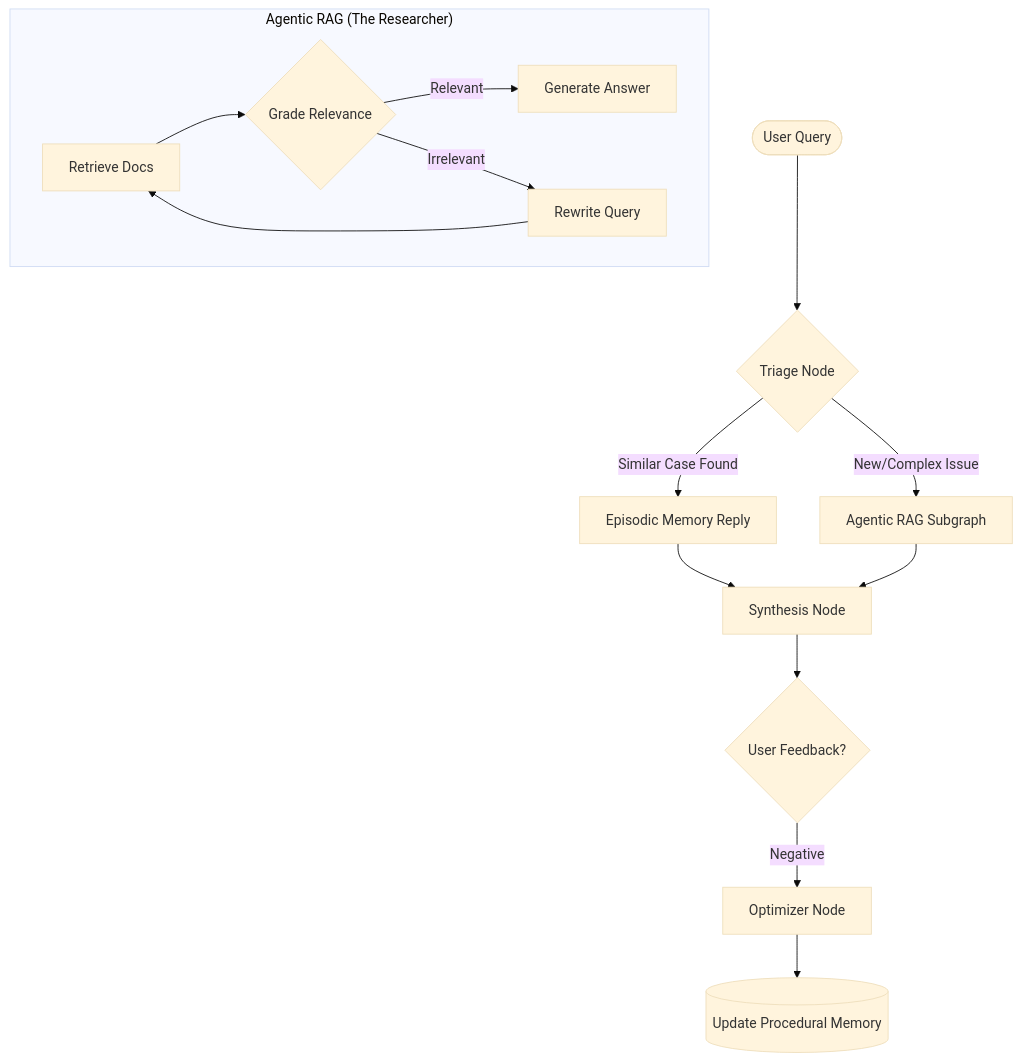
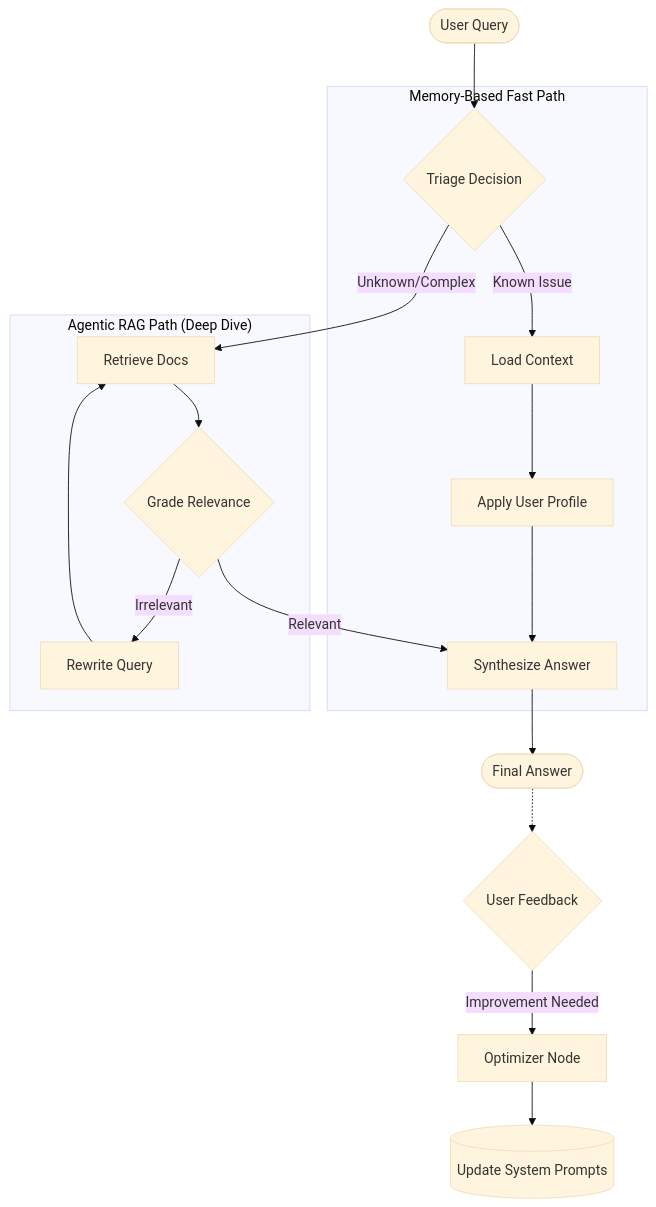
One commit to MedAzizAydi080/Agentic-EmailAssitant changed the first of 2 diagrams in README.md. Above: the diagram before and after it, drawn with Mermaid (base theme). The commit also changed other lines of this file, not shown here.

Commit message:
Refine README graphs and branding

````diff
--- a/README.md
+++ b/README.md
@@ -23,25 +23,25 @@
 ```mermaid
 graph TD
-    Start([User Query]) --> Triage{Triage Node}
+    User([User Query]) --> Triage{Triage Decision}
     
-    %% Memory Path
-    Triage -- "Similar Case Found" --> Episodic[Episodic Memory Reply]
-    Episodic --> Response
+    subgraph "Memory-Based Fast Path"
+        Triage -- "Known Issue" --> Context[Load Context]
+        Context --> Semantic[Apply User Profile]
+        Semantic --> Response
+    end
     
-    %% RAG Path
-    Triage -- "New/Complex Issue" --> RAG[Agentic RAG Subgraph]
-    
-    subgraph "Agentic RAG (The Researcher)"
-        Retrieve[Retrieve Docs] --> Grade{Grade Relevance}
-        Grade -- "Relevant" --> Generate[Generate Answer]
+    subgraph "Agentic RAG Path (Deep Dive)"
+        Triage -- "Unknown/Complex" --> Retrieve[Retrieve Docs]
+        Retrieve --> Grade{Grade Relevance}
+        Grade -- "Relevant" --> Response[Synthesize Answer]
         Grade -- "Irrelevant" --> Rewrite[Rewrite Query]
         Rewrite --> Retrieve
     end
     
-    RAG --> Response[Synthesis Node]
+    Response --> Output([Final Answer])
     
-    %% Learning Path
-    Response --> Feedback{User Feedback?}
-    Feedback -- "Negative" --> Optimize[Optimizer Node]
-    Optimize --> UpdatePrompts[(Update Procedural Memory)]
+    %% Learning Loop
+    Output -.-> Feedback{User Feedback}
+    Feedback -- "Improvement Needed" --> Optimize[Optimizer Node]
+    Optimize --> UpdatePrompts[(Update System Prompts)]
 ```
````
